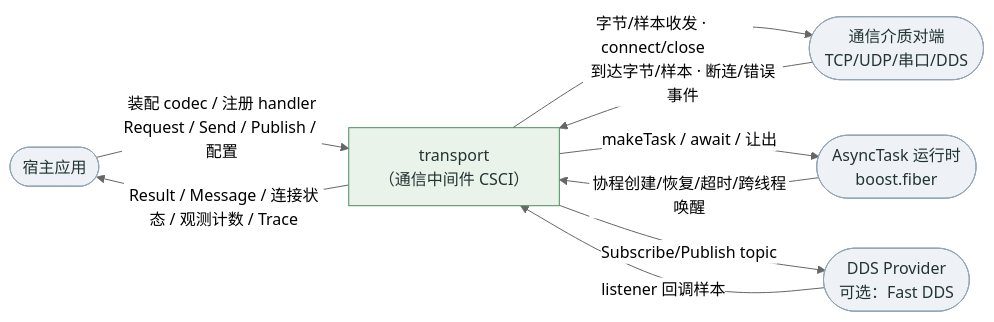
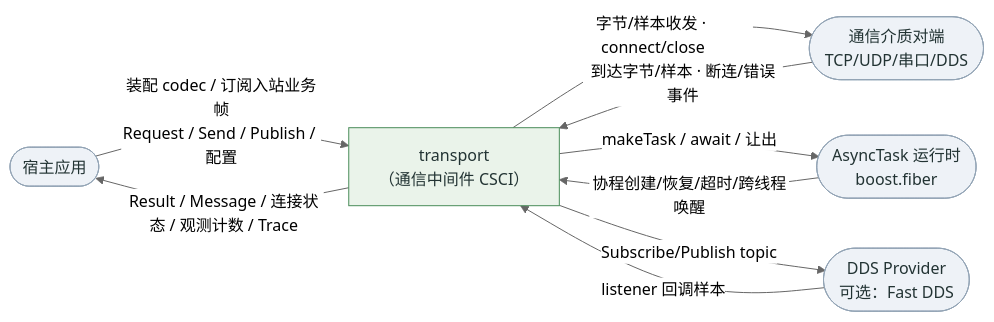
One commit to Ste7an-cs/Transport changed the diagram in docs/diagrams/dfd-context.mmd. Above: the diagram before and after it, drawn with Mermaid (neutral theme). The commit also changed 20 other files, not shown here.

First line of the commit message:
docs(sdd): 同步 handler 通道废止(ADR-0009),十张图重绘并重渲染

```diff
--- a/docs/diagrams/dfd-context.mmd
+++ b/docs/diagrams/dfd-context.mmd
@@ -1,24 +1,24 @@
 flowchart LR
     APP([宿主应用])
     MEDIA([通信介质对端<br/>TCP/UDP/串口/DDS])
     RT([AsyncTask 运行时<br/>boost.fiber])
     DDS([DDS Provider<br/>可选：Fast DDS])
 
     TRANSPORT["transport<br/>（通信中间件 CSCI）"]
 
-    APP -->|装配 codec / 注册 handler<br/>Request / Send / Publish / 配置| TRANSPORT
+    APP -->|装配 codec / 订阅入站业务帧<br/>Request / Send / Publish / 配置| TRANSPORT
     TRANSPORT -->|Result / Message / 连接状态 / 观测计数 / Trace| APP
 
     TRANSPORT -->|字节/样本收发 · connect/close| MEDIA
     MEDIA -->|到达字节/样本 · 断连/错误事件| TRANSPORT
 
     TRANSPORT -->|makeTask / await / 让出| RT
     RT -->|协程创建/恢复/超时/跨线程唤醒| TRANSPORT
 
     TRANSPORT -->|Subscribe/Publish topic| DDS
     DDS -->|listener 回调样本| TRANSPORT
 
     classDef ext fill:#eef2f7,stroke:#93a4b5,color:#233;
     classDef core fill:#eaf3ea,stroke:#4a8c5a,color:#233;
     class APP,MEDIA,RT,DDS ext;
     class TRANSPORT core;
```
